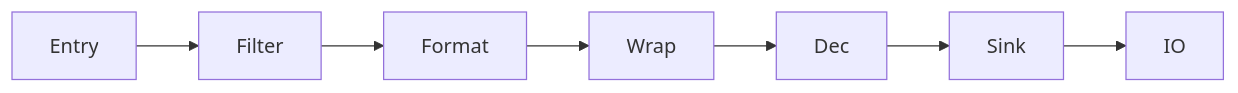
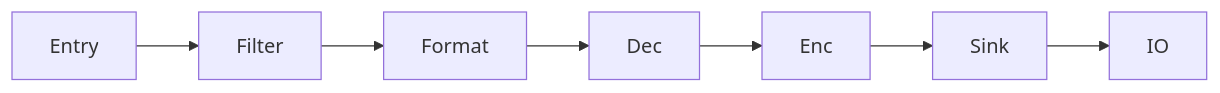
One commit to pooriaaskarim/logd changed the diagram in doc/handler/architecture.md. Above: the diagram before and after it, drawn with Mermaid. The commit also changed other lines of this file and 98 other files, not shown here.

````diff
--- a/doc/handler/architecture.md
+++ b/doc/handler/architecture.md
@@ -9,4 +11,4 @@
 ```mermaid
 flowchart LR
-    Entry --> Filter --> Format --> Wrap --> Dec --> Sink --> IO
+    Entry --> Filter --> Format --> Dec --> Enc --> Sink --> IO
 ```
````
